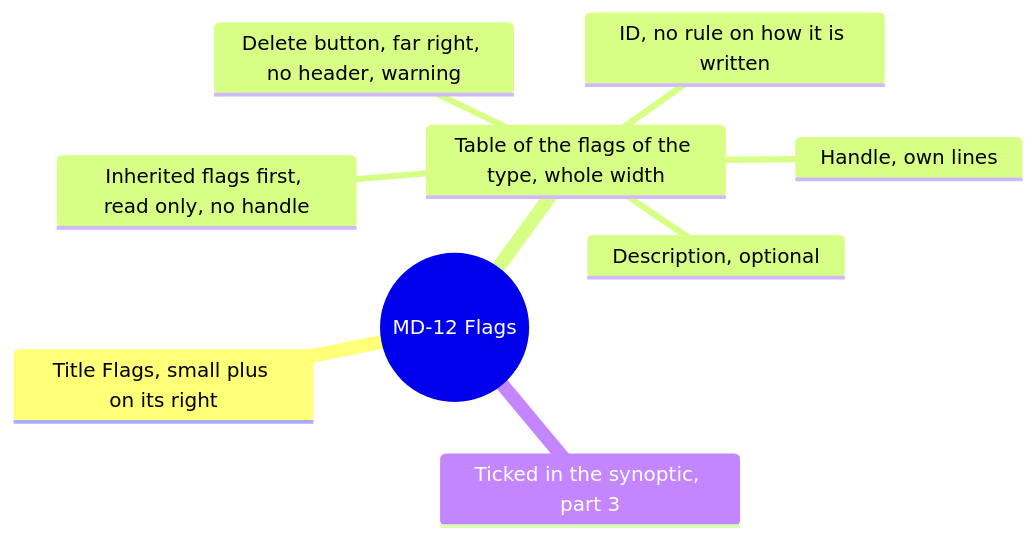
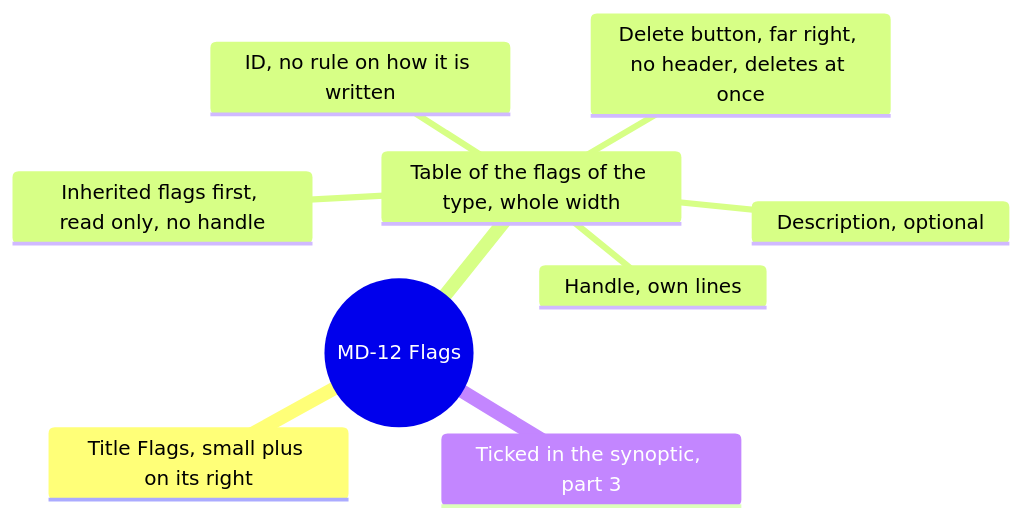
Before and after one commit to AlexandreGallais/synoptic-studio-spec: the ninth of 16 diagrams in screens/metadata.md, drawn with Mermaid. The commit also changed other lines of this file and 15 other files, not shown here.

````diff
--- a/screens/metadata.md
+++ b/screens/metadata.md
@@ -314,12 +314,12 @@
 ```mermaid
 mindmap
   root((MD-12 Flags))
     Title Flags, small plus on its right
     Table of the flags of the type, whole width
       Inherited flags first, read only, no handle
       Handle, own lines
       ID, no rule on how it is written
       Description, optional
-      Delete button, far right, no header, warning
+      Delete button, far right, no header, deletes at once
     Ticked in the synoptic, part 3
 ```
````
